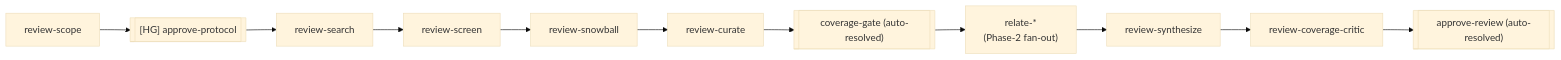
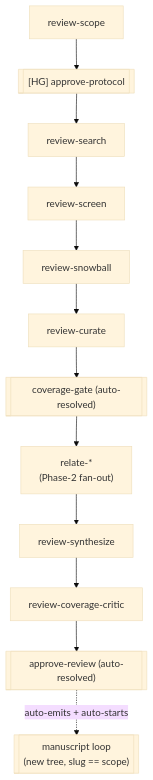
One commit to phoongkhangzhie/research-vault changed the first of 3 diagrams in README.md. Above: the diagram before and after it, drawn with Mermaid (base theme). The commit also changed other lines of this file and 1 other file, not shown here.

First line of the commit message:
docs(readme): loop diagrams LR->TD + re-ground to current topology

````diff
--- a/README.md
+++ b/README.md
@@ -154,10 +156,11 @@
 ```mermaid
-flowchart LR
+flowchart TD
     scope[review-scope] --> HG1[["[HG] approve-protocol"]]
     HG1 --> search[review-search] --> screen[review-screen] --> snowball[review-snowball]
     snowball --> curate[review-curate]
     curate --> GATE2[["coverage-gate (auto-resolved)"]]
     GATE2 --> relate["relate-*\n(Phase-2 fan-out)"]
     relate --> synthesize[review-synthesize] --> critic[review-coverage-critic]
     critic --> GATE3[["approve-review (auto-resolved)"]]
+    GATE3 -. "auto-emits + auto-starts" .-> MS[["manuscript loop\n(new tree, slug == scope)"]]
 ```
````
